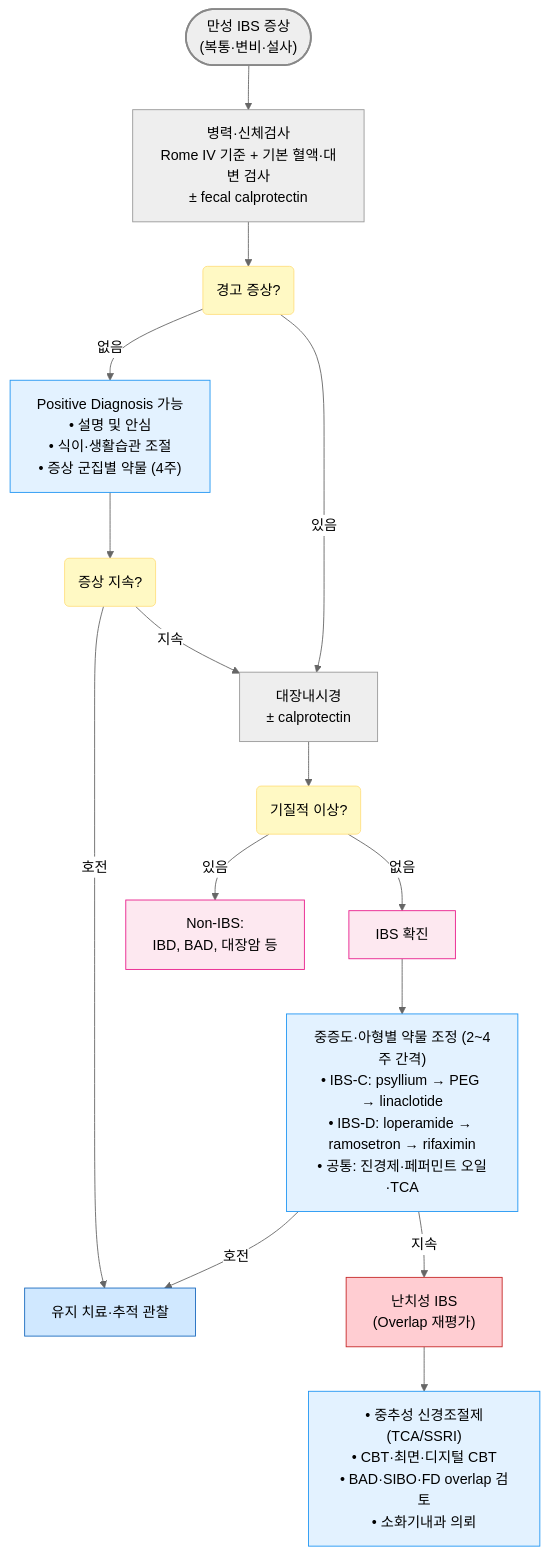
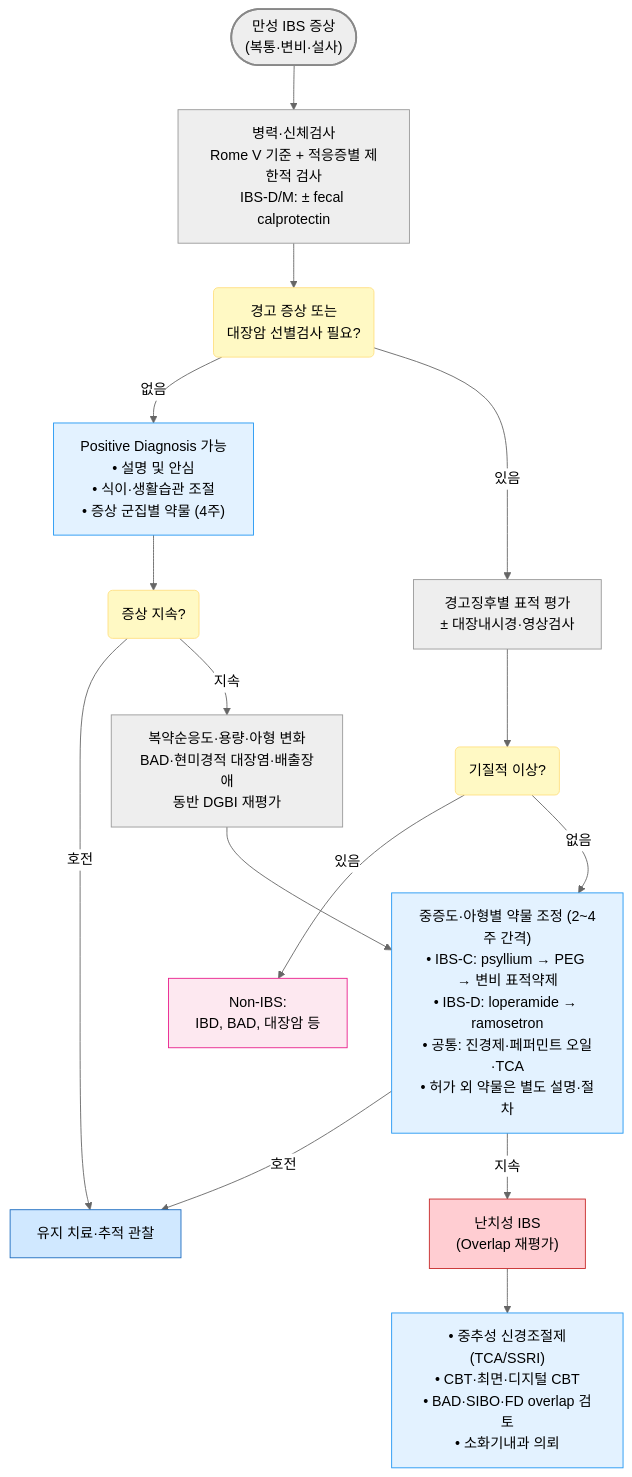
The first of 2 diagrams in 224_/087_-irritable-bowel-syndrome.md (familyoh77/familyoh77), drawn with Mermaid (neutral theme) before and after one commit. The commit also changed other lines of this file and 15 other files, not shown here.

````diff
--- a/224_/087_-irritable-bowel-syndrome.md
+++ b/224_/087_-irritable-bowel-syndrome.md
@@ -164,43 +171,43 @@
 ```mermaid
 graph TD
     Start(["만성 IBS 증상<br>(복통·변비·설사)"])
-    Step1["병력·신체검사<br>Rome IV 기준 + 기본 혈액·대변 검사<br>± fecal calprotectin"]
-    Cond1("경고 증상?")
+    Step1["병력·신체검사<br>Rome V 기준 + 적응증별 제한적 검사<br>IBS-D/M: ± fecal calprotectin"]
+    Cond1("경고 증상 또는<br>대장암 선별검사 필요?")
     Sub1["Positive Diagnosis 가능<br>• 설명 및 안심<br>• 식이·생활습관 조절<br>• 증상 군집별 약물 (4주)"]
     Cond2("증상 지속?")
-    Colonoscopy["대장내시경<br>± calprotectin"]
+    Colonoscopy["경고징후별 표적 평가<br>± 대장내시경·영상검사"]
     Cond3("기질적 이상?")
     NonIBS["Non-IBS:<br>IBD, BAD, 대장암 등"]
-    IBS["IBS 확진"]
+    Reassess["복약순응도·용량·아형 변화<br>BAD·현미경적 대장염·배출장애<br>동반 DGBI 재평가"]
     End1["유지 치료·추적 관찰"]
-    Treat1["중증도·아형별 약물 조정 (2~4주 간격)<br>• IBS-C: psyllium → PEG → linaclotide<br>• IBS-D: loperamide → ramosetron → rifaximin<br>• 공통: 진경제·페퍼민트 오일·TCA"]
+    Treat1["중증도·아형별 약물 조정 (2~4주 간격)<br>• IBS-C: psyllium → PEG → 변비 표적약제<br>• IBS-D: loperamide → ramosetron<br>• 공통: 진경제·페퍼민트 오일·TCA<br>• 허가 외 약물은 별도 설명·절차"]
     Refractory["난치성 IBS<br>(Overlap 재평가)"]
     Treat2["• 중추성 신경조절제(TCA/SSRI)<br>• CBT·최면·디지털 CBT<br>• BAD·SIBO·FD overlap 검토<br>• 소화기내과 의뢰"]
 
     Start --> Step1
     Step1 --> Cond1
     Cond1 -- "없음" --> Sub1
     Cond1 -- "있음" --> Colonoscopy
     Sub1 --> Cond2
     Cond2 -- "호전" --> End1
-    Cond2 -- "지속" --> Colonoscopy
+    Cond2 -- "지속" --> Reassess
+    Reassess --> Treat1
     Colonoscopy --> Cond3
     Cond3 -- "있음" --> NonIBS
-    Cond3 -- "없음" --> IBS
-    IBS --> Treat1
+    Cond3 -- "없음" --> Treat1
     Treat1 -- "호전" --> End1
     Treat1 -- "지속" --> Refractory
     Refractory --> Treat2
 
 style Start fill:#eeeeee,stroke:#888888,stroke-width:2px
 classDef yellow fill:#fff9c4,stroke:#ffe082
 class Cond3,Cond1,Cond2 yellow
 classDef sky fill:#e3f2ff,stroke:#2196f3
 class Sub1,Treat1,Treat2 sky
 classDef L_red fill:#ffcdd2,stroke:#c62828
 class Refractory L_red
 classDef blue fill:#d0e8ff,stroke:#1a6abf
 class End1 blue
 classDef pink fill:#fde8f0,stroke:#e91e8c
-class NonIBS,IBS pink
+class NonIBS pink
 ```
````
